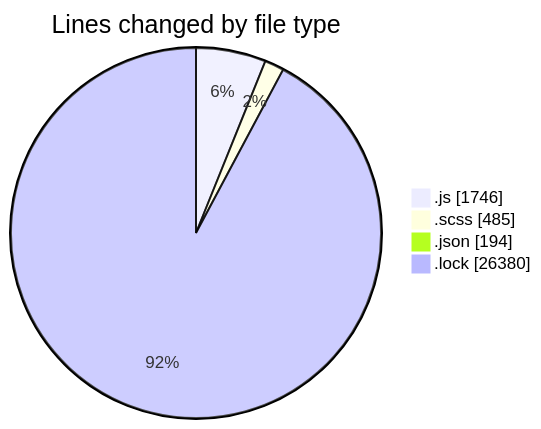
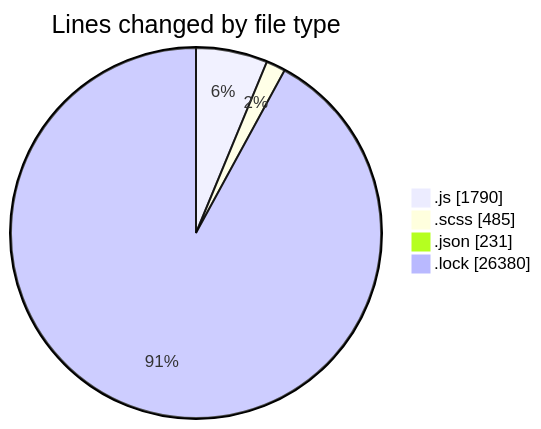
The first of 2 diagrams in 2026-01-05/cda/README.md (momahboobian/code-tracking), drawn with Mermaid before and after one commit. The commit also changed other lines of this file and 1 other file, not shown here.

````diff
--- a/2026-01-05/cda/README.md
+++ b/2026-01-05/cda/README.md
@@ -41,8 +42,8 @@
 ```mermaid
 pie showData
 title Lines changed by file type
-".js" : 1746
+".js" : 1790
 ".scss" : 485
-".json" : 194
+".json" : 231
 ".lock" : 26380
 ```
````
